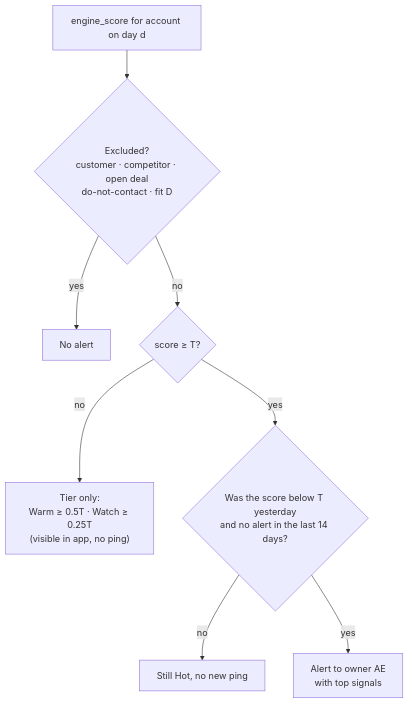
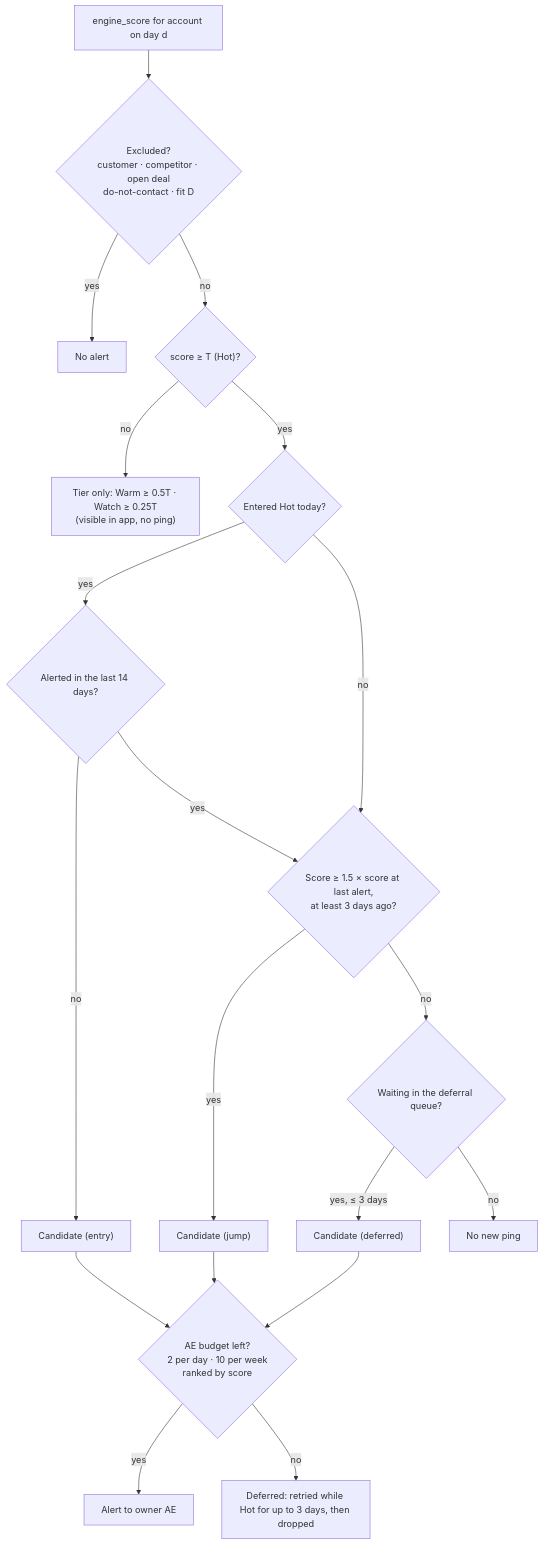
The fourth of 5 diagrams in docs/implementation.md (aloks1490/Multi-Signal-Attribution-and-Signal-Fatigue-Filtration), drawn with Mermaid before and after one commit. The commit also changed other lines of this file and 32 other files, not shown here.

First line of the commit message:
M4: cooldown and per-AE budget, LLM explanations, Slack digest, GitHub Actions

````diff
--- a/docs/implementation.md
+++ b/docs/implementation.md
@@ -521,10 +533,19 @@
 ```mermaid
 flowchart TD
     S["engine_score for account on day d"] --> X{"Excluded?<br/>customer · competitor · open deal<br/>do-not-contact · fit D"}
     X -->|yes| DROP["No alert"]
-    X -->|no| T{"score ≥ T?"}
-    T -->|no| TIER["Tier only:<br/>Warm ≥ 0.5T · Watch ≥ 0.25T<br/>(visible in app, no ping)"]
-    T -->|yes| E{"Was the score below T yesterday<br/>and no alert in the last 14 days?"}
-    E -->|no| HOLD["Still Hot, no new ping"]
-    E -->|yes| AL["Alert to owner AE<br/>with top signals"]
+    X -->|no| T{"score ≥ T (Hot)?"}
+    T -->|no| TIER["Tier only: Warm ≥ 0.5T · Watch ≥ 0.25T<br/>(visible in app, no ping)"]
+    T -->|yes| E{"Entered Hot today?"}
+    E -->|yes| C{"Alerted in the last 14 days?"}
+    C -->|no| CAND["Candidate (entry)"]
+    C -->|yes| J
+    E -->|no| J{"Score ≥ 1.5 × score at last alert,<br/>at least 3 days ago?"}
+    J -->|yes| CANDJ["Candidate (jump)"]
+    J -->|no| Q{"Waiting in the deferral queue?"}
+    Q -->|yes, ≤ 3 days| CANDQ["Candidate (deferred)"]
+    Q -->|no| HOLD["No new ping"]
+    CAND & CANDJ & CANDQ --> B{"AE budget left?<br/>2 per day · 10 per week<br/>ranked by score"}
+    B -->|yes| AL["Alert to owner AE"]
+    B -->|no| DEF["Deferred: retried while Hot for up to 3 days, then dropped"]
 ```
````
